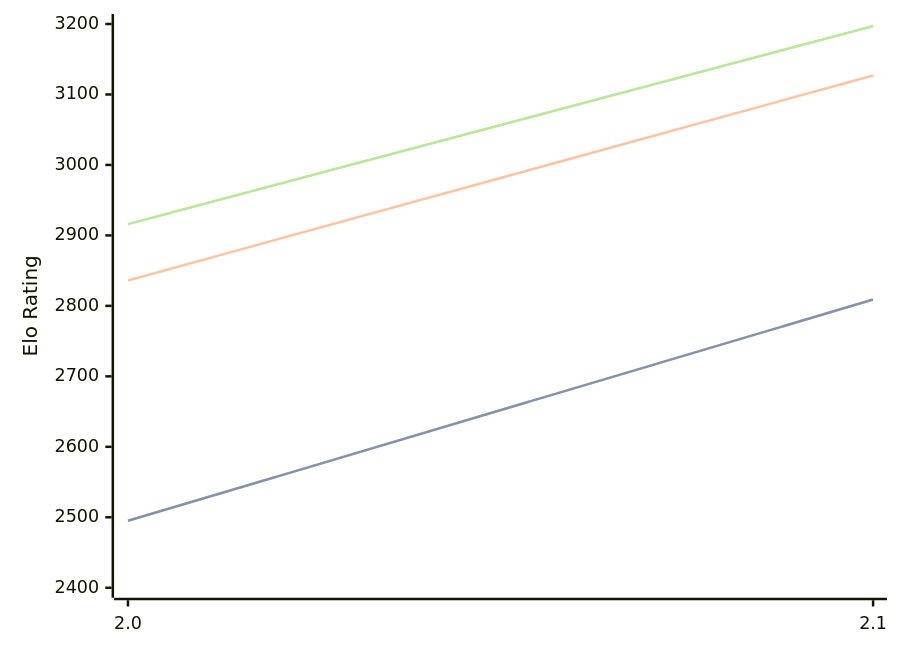
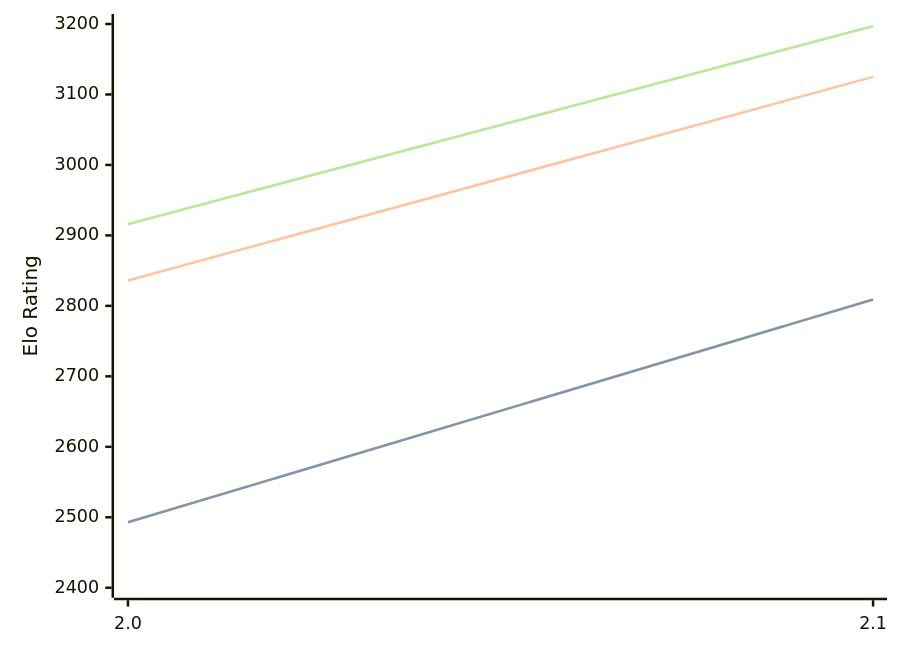
Before and after one commit to computer-chess-index/cci: the first of 3 diagrams in engines/Tunguska.md, drawn with Mermaid. The commit also changed other lines of this file, not shown here.

````diff
--- a/engines/Tunguska.md
+++ b/engines/Tunguska.md
@@ -32,11 +32,11 @@
 ```mermaid
 %%{init: {"theme":"base","themeVariables":{"seriesColors:['#a3a3a3','#222221','#faa371']}}}%%
 xychart-beta
   x-axis ["2.0", "2.1"]
   y-axis "Elo Rating" 2400 --> 3200
-  line "STC (8.0+0.08s)" [2495, 2809]
-  line "STC (8.0+0.08s)" [2495, 2809]
-  line "LTC (60.0+0.60s)" [2836, 3127]
+  line "STC (8.0+0.08s)" [2493, 2809]
+  line "STC (8.0+0.08s)" [2493, 2809]
+  line "LTC (60.0+0.60s)" [2836, 3125]
   line "VLTC (2m24s+1.12s)" [2916, 3197]
   line "VLTC (2m24s+1.12s)" [2916, 3197]
 ```
````
